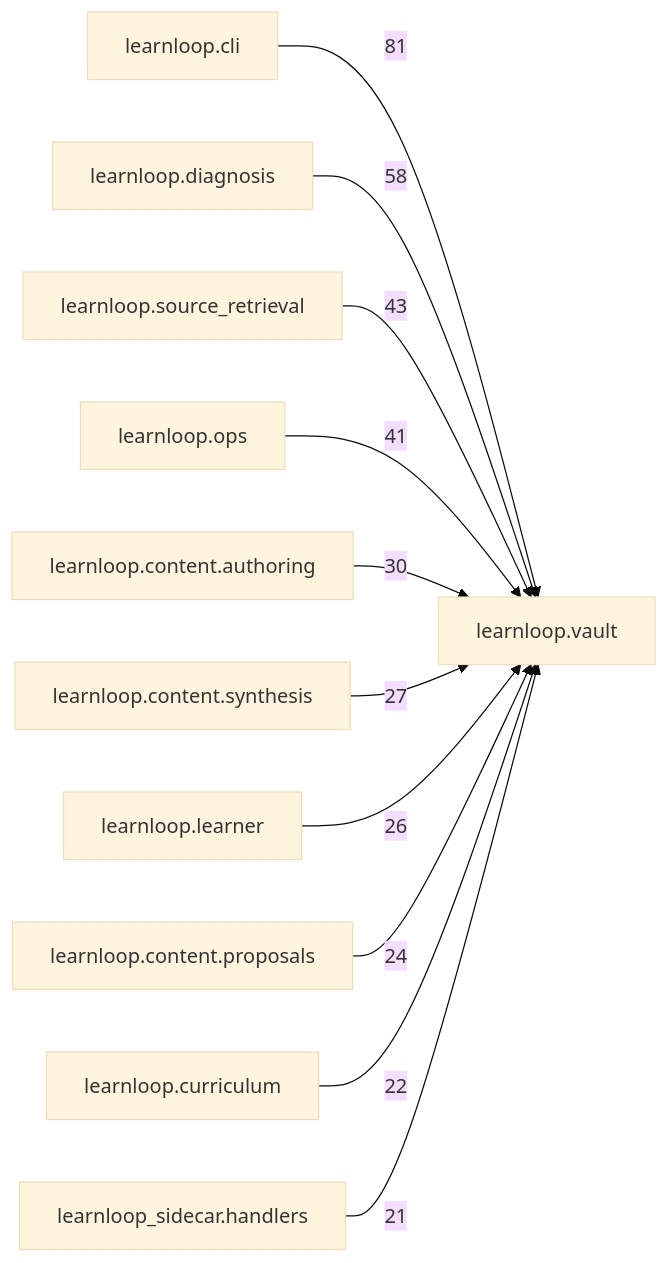
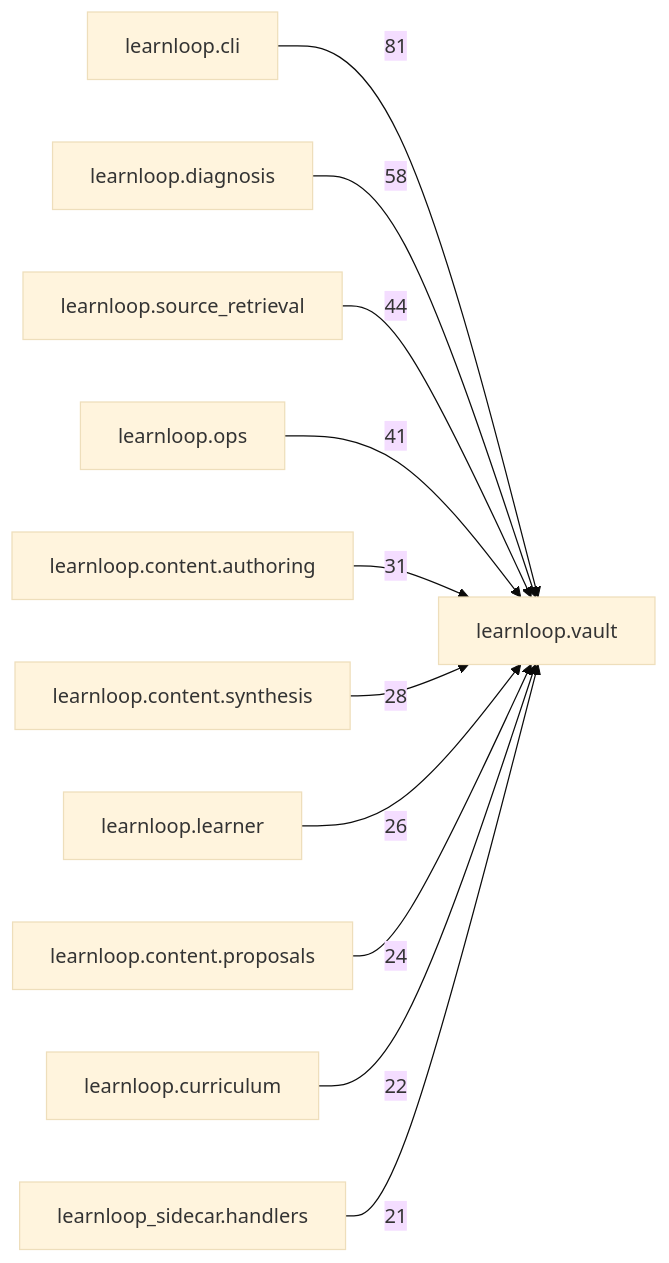
Before and after one commit to 6up-b/learnanything: the diagram in docs/learnloop-architecture-vault/Reference/Modules/learnloop/vault/_package.md, drawn with Mermaid (base theme). The commit also changed other lines of this file and 315 other files, not shown here.

````diff
--- a/docs/learnloop-architecture-vault/Reference/Modules/learnloop/vault/_package.md
+++ b/docs/learnloop-architecture-vault/Reference/Modules/learnloop/vault/_package.md
@@ -137,24 +138,24 @@
 ```mermaid
 flowchart LR
     center["learnloop.vault"]
     n_learnloop_cli["learnloop.cli"]
     n_learnloop_diagnosis["learnloop.diagnosis"]
     n_learnloop_source_retrieval["learnloop.source_retrieval"]
     n_learnloop_ops["learnloop.ops"]
     n_learnloop_content_authoring["learnloop.content.authoring"]
     n_learnloop_content_synthesis["learnloop.content.synthesis"]
     n_learnloop_learner["learnloop.learner"]
     n_learnloop_content_proposals["learnloop.content.proposals"]
     n_learnloop_curriculum["learnloop.curriculum"]
     n_learnloop_sidecar_handlers["learnloop_sidecar.handlers"]
     n_learnloop_cli -->|81| center
     n_learnloop_diagnosis -->|58| center
-    n_learnloop_source_retrieval -->|43| center
+    n_learnloop_source_retrieval -->|44| center
     n_learnloop_ops -->|41| center
-    n_learnloop_content_authoring -->|30| center
-    n_learnloop_content_synthesis -->|27| center
+    n_learnloop_content_authoring -->|31| center
+    n_learnloop_content_synthesis -->|28| center
     n_learnloop_learner -->|26| center
     n_learnloop_content_proposals -->|24| center
     n_learnloop_curriculum -->|22| center
     n_learnloop_sidecar_handlers -->|21| center
 ```
````
